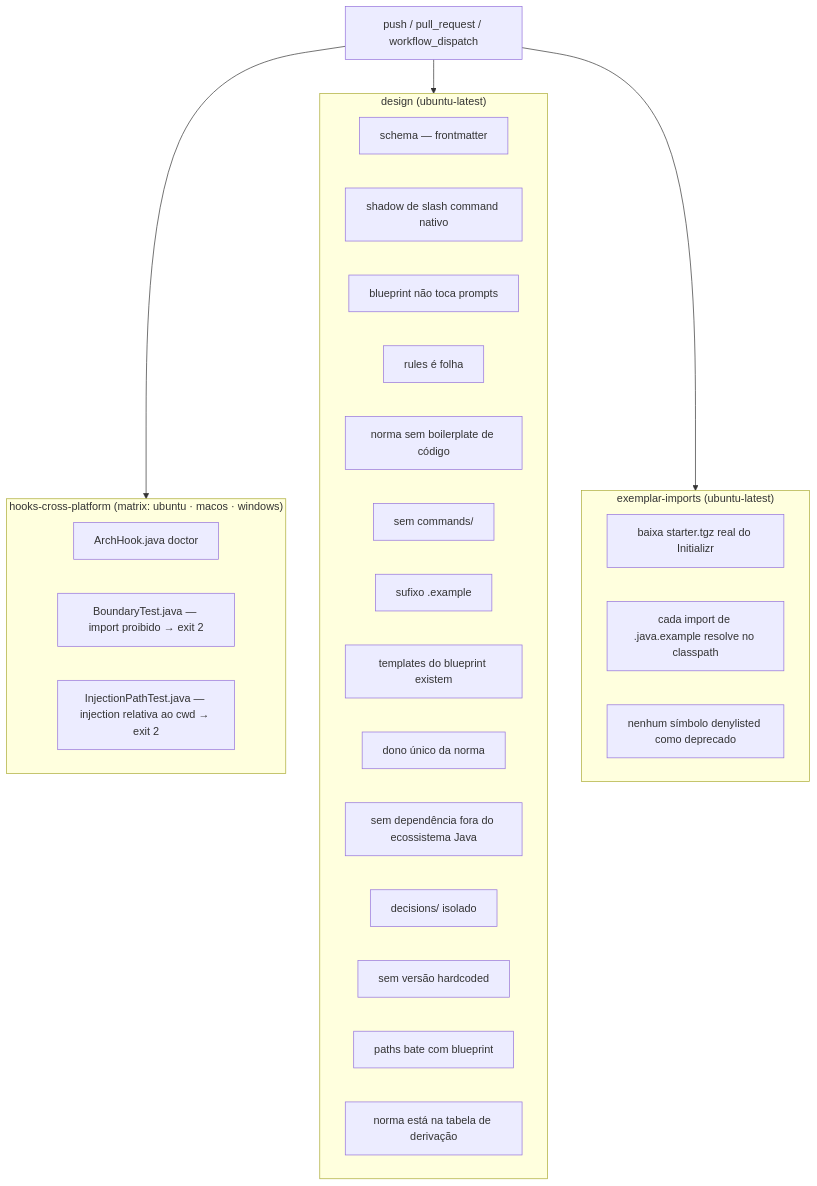
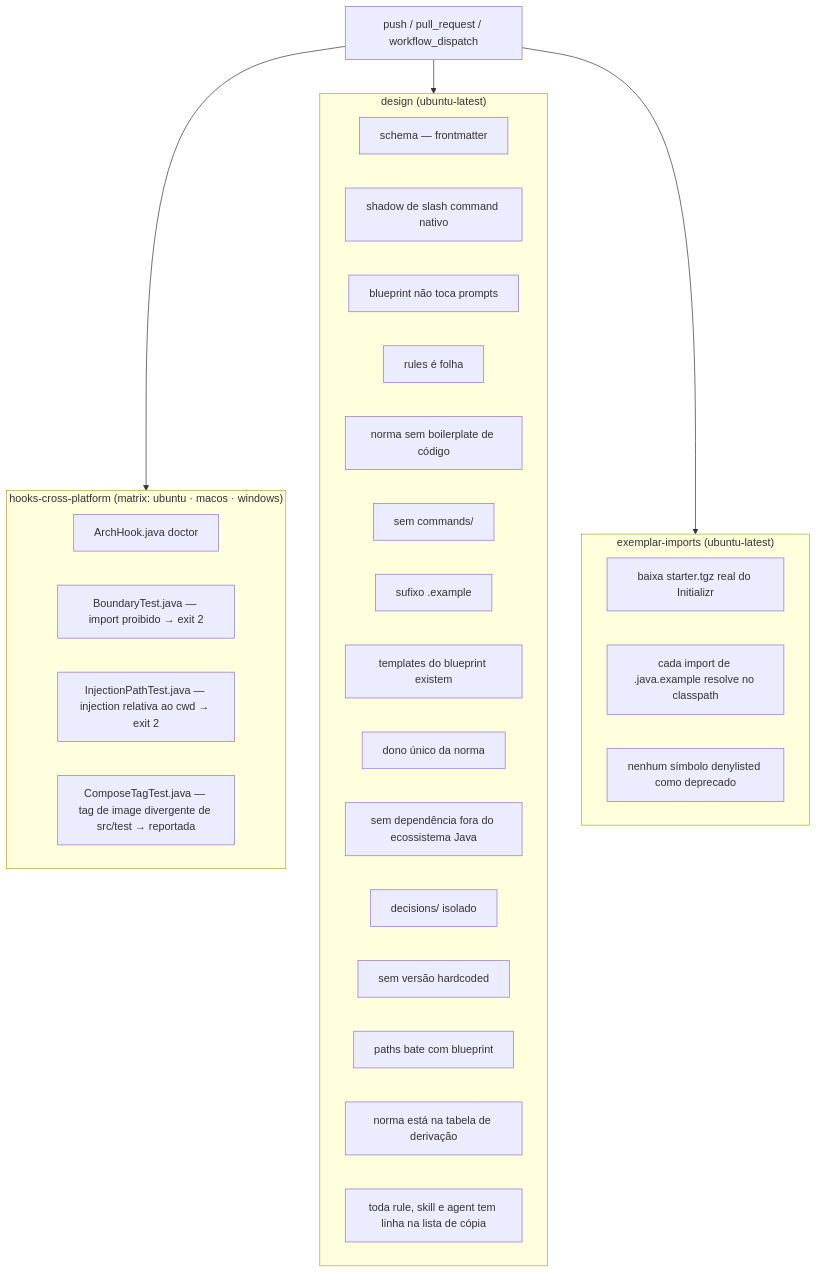
Before and after one commit to ice-lfernandes/claude-spring-architect: the diagram in docs/07-ci-validate.md, drawn with Mermaid. The commit also changed other lines of this file and 6 other files, not shown here.

First line of the commit message:
ci: harden validate.yml and cover invariant 9 and compose image tags

````diff
--- a/docs/07-ci-validate.md
+++ b/docs/07-ci-validate.md
@@ -17,35 +17,37 @@
 ```mermaid
 flowchart TD
     T[push / pull_request / workflow_dispatch] --> J1
     T --> J2
     T --> J3
 
     subgraph J1["hooks-cross-platform (matrix: ubuntu · macos · windows)"]
         H1[ArchHook.java doctor]
         H2[BoundaryTest.java — import proibido → exit 2]
         H3[InjectionPathTest.java — injection relativa ao cwd → exit 2]
+        H4[ComposeTagTest.java — tag de image divergente de src/test → reportada]
     end
 
     subgraph J2["design (ubuntu-latest)"]
         D1[schema — frontmatter]
         D3[shadow de slash command nativo]
         D4[blueprint não toca prompts]
         D5[rules é folha]
         D6[norma sem boilerplate de código]
         D7[sem commands/]
         D8[sufixo .example]
         D9[templates do blueprint existem]
         D10[dono único da norma]
         D11[sem dependência fora do ecossistema Java]
         D12[decisions/ isolado]
         D13[sem versão hardcoded]
         D14[paths bate com blueprint]
         D15[norma está na tabela de derivação]
+        D16[toda rule, skill e agent tem linha na lista de cópia]
     end
 
     subgraph J3["exemplar-imports (ubuntu-latest)"]
         E1[baixa starter.tgz real do Initializr]
         E2[cada import de .java.example resolve no classpath]
         E3[nenhum símbolo denylisted como deprecado]
     end
 ```
````
